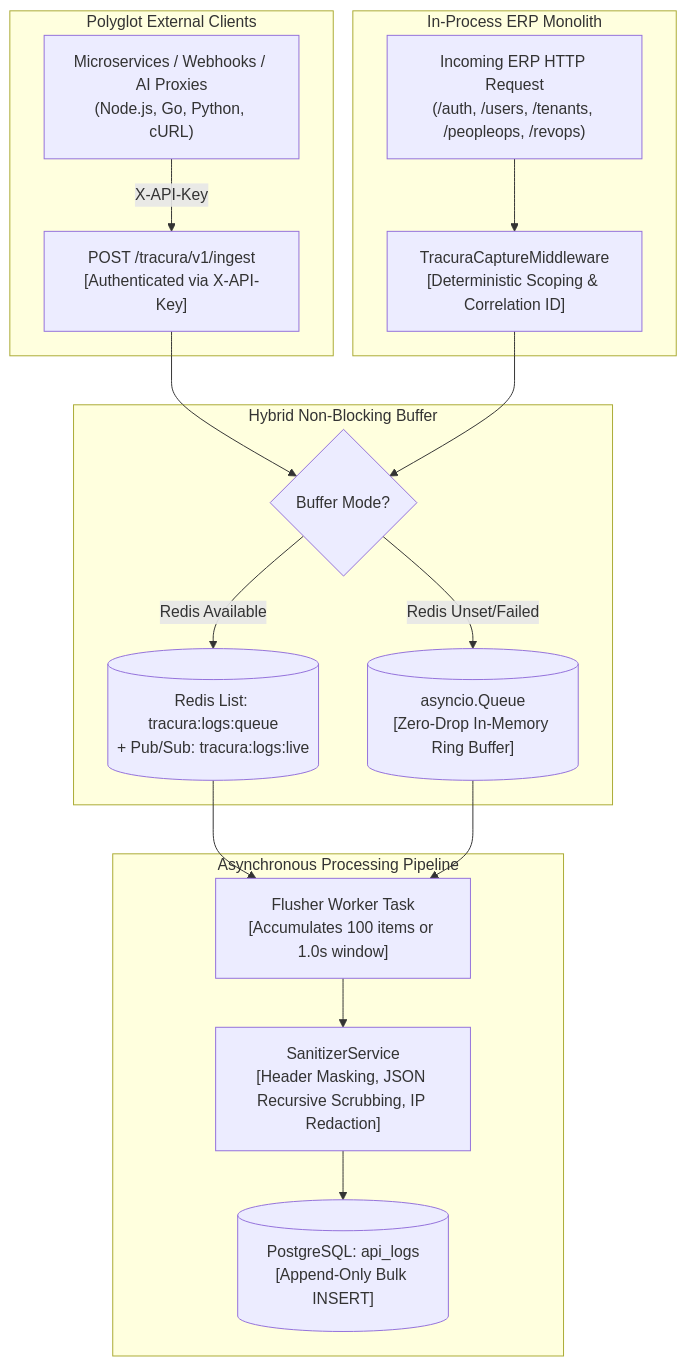
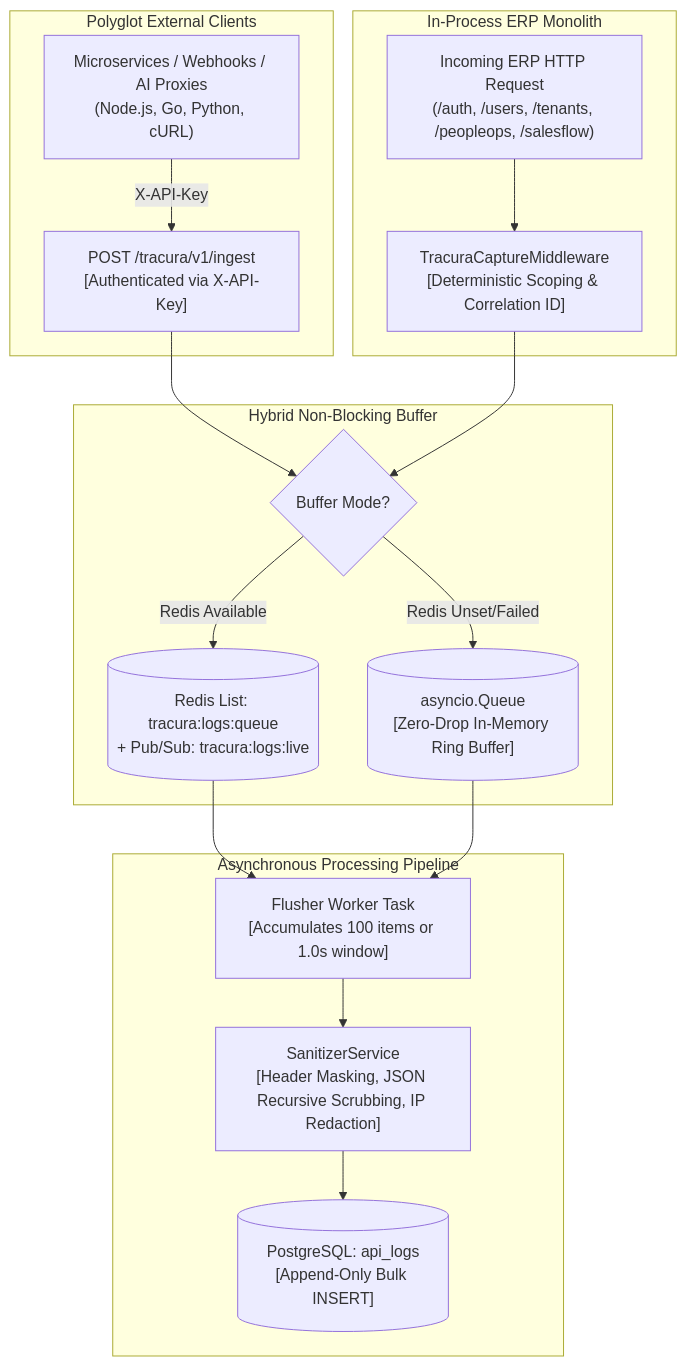
Before and after one commit to innostes-dev/erp: the diagram in apps/landing/content/dev-docs/architecture/tracura.mdx, drawn with Mermaid. The commit also changed 94 other files, not shown here.

Commit message:
refactor(modules): rename CRM module from revops to salesflow across platform and docs

````diff
--- a/apps/landing/content/dev-docs/architecture/tracura.mdx
+++ b/apps/landing/content/dev-docs/architecture/tracura.mdx
@@ -21,37 +21,37 @@
 ```mermaid
 flowchart TD
   subgraph ExternalClients["Polyglot External Clients"]
     ExtService["Microservices / Webhooks / AI Proxies\n(Node.js, Go, Python, cURL)"]
     IngestAPI["POST /tracura/v1/ingest\n[Authenticated via X-API-Key]"]
   end
 
   subgraph InProcessHost["In-Process ERP Monolith"]
-    FastAPIApp["Incoming ERP HTTP Request\n(/auth, /users, /tenants, /peopleops, /revops)"]
+    FastAPIApp["Incoming ERP HTTP Request\n(/auth, /users, /tenants, /peopleops, /salesflow)"]
     CaptureMiddleware["TracuraCaptureMiddleware\n[Deterministic Scoping & Correlation ID]"]
   end
 
   subgraph BufferEngine["Hybrid Non-Blocking Buffer"]
     BufferSwitch{"Buffer Mode?"}
     RedisQueue[("Redis List: tracura:logs:queue\n+ Pub/Sub: tracura:logs:live")]
     MemoryQueue[("asyncio.Queue\n[Zero-Drop In-Memory Ring Buffer]")]
   end
 
   subgraph WorkerPipeline["Asynchronous Processing Pipeline"]
     FlusherWorker["Flusher Worker Task\n[Accumulates 100 items or 1.0s window]"]
     Sanitizer["SanitizerService\n[Header Masking, JSON Recursive Scrubbing, IP Redaction]"]
     PostgresStore[("PostgreSQL: api_logs\n[Append-Only Bulk INSERT]")]
   end
 
   ExtService -->|X-API-Key| IngestAPI
   IngestAPI --> BufferSwitch
   FastAPIApp --> CaptureMiddleware
   CaptureMiddleware --> BufferSwitch
 
   BufferSwitch -->|Redis Available| RedisQueue
   BufferSwitch -->|Redis Unset/Failed| MemoryQueue
 
   RedisQueue --> FlusherWorker
   MemoryQueue --> FlusherWorker
   FlusherWorker --> Sanitizer
   Sanitizer --> PostgresStore
 ```
````
